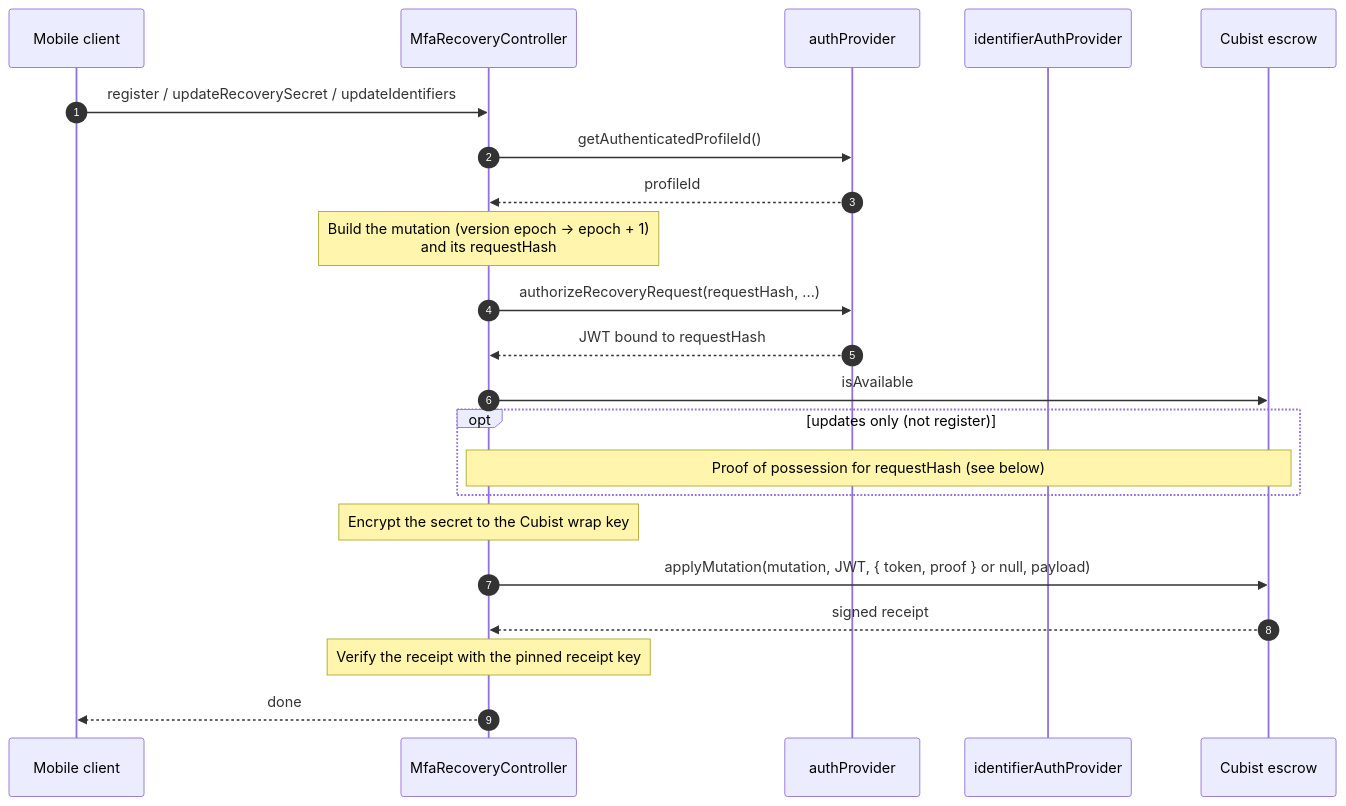
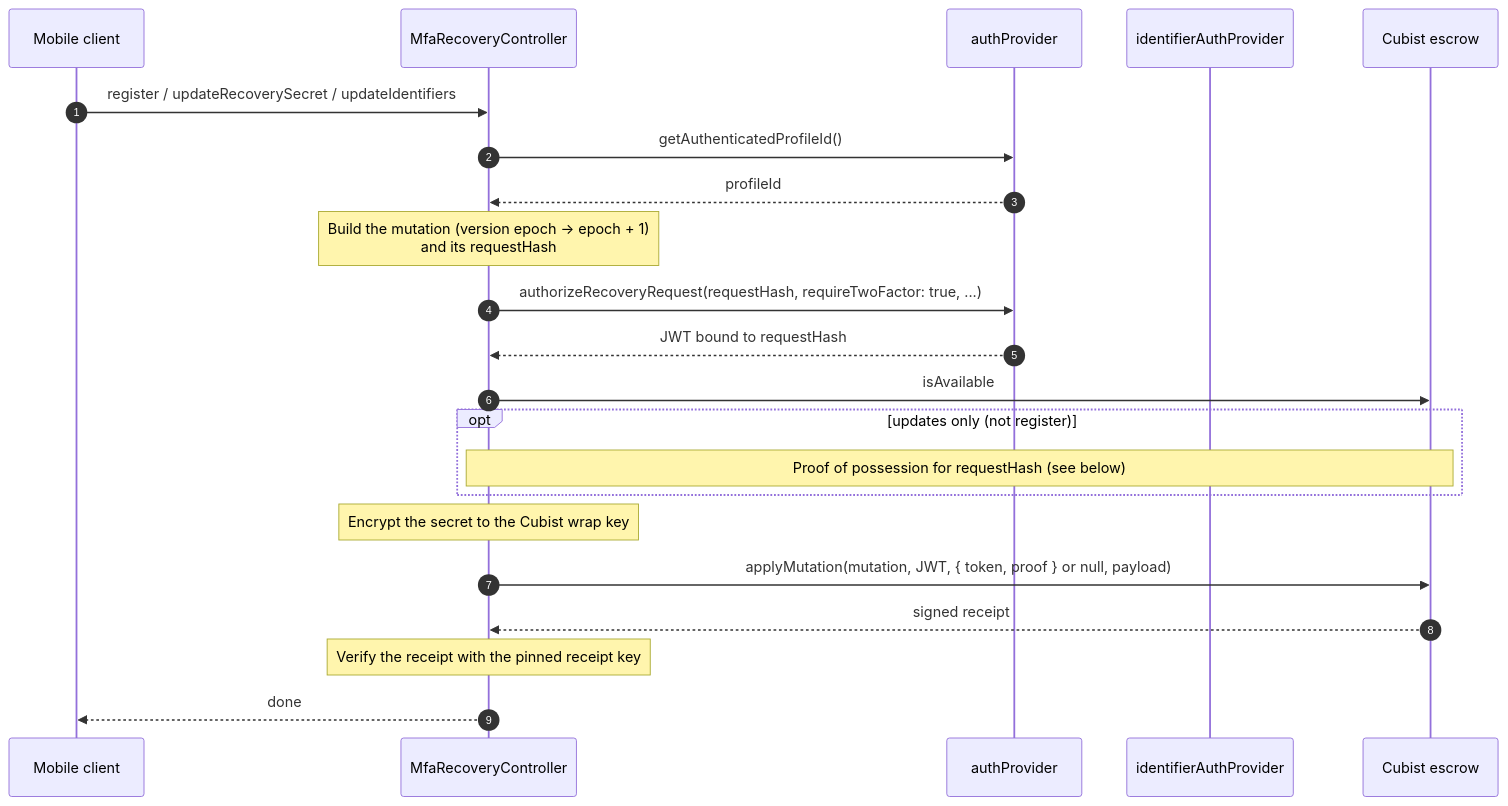
Before and after one commit to MetaMask/core: the second of 3 diagrams in packages/mfa-recovery-controller/CUBIST_TEST_SEQUENCE.md, drawn with Mermaid. The commit also changed other lines of this file and 12 other files, not shown here.

Commit message:
fix: require AAL2 approvals for recovery reads and writes

````diff
--- a/packages/mfa-recovery-controller/CUBIST_TEST_SEQUENCE.md
+++ b/packages/mfa-recovery-controller/CUBIST_TEST_SEQUENCE.md
@@ -88,27 +56,27 @@
 ```mermaid
 sequenceDiagram
   autonumber
   participant Mobile as Mobile client
   participant C as MfaRecoveryController
   participant Auth as authProvider
   participant Id as identifierAuthProvider
   participant Cubist as Cubist escrow
 
   Mobile->>C: register / updateRecoverySecret / updateIdentifiers
   C->>Auth: getAuthenticatedProfileId()
   Auth-->>C: profileId
   Note over C: Build the mutation (version epoch → epoch + 1)<br/>and its requestHash
-  C->>Auth: authorizeRecoveryRequest(requestHash, ...)
+  C->>Auth: authorizeRecoveryRequest(requestHash, requireTwoFactor: true, ...)
   Auth-->>C: JWT bound to requestHash
   C->>Cubist: isAvailable
 
   opt updates only (not register)
     Note over C,Cubist: Proof of possession for requestHash (see below)
   end
 
   Note over C: Encrypt the secret to the Cubist wrap key
   C->>Cubist: applyMutation(mutation, JWT, { token, proof } or null, payload)
   Cubist-->>C: signed receipt
   Note over C: Verify the receipt with the pinned receipt key
   C-->>Mobile: done
 ```
````
